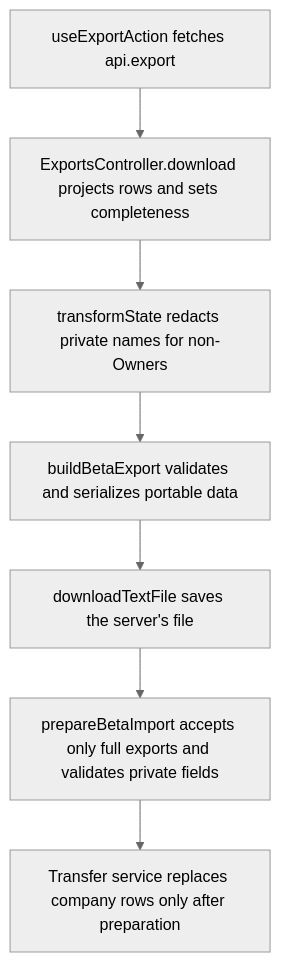
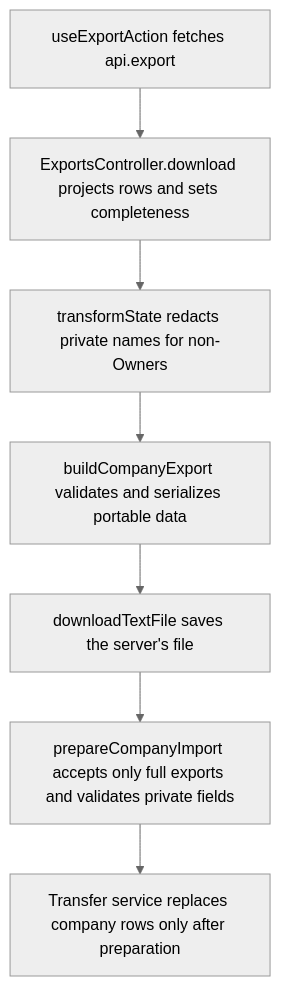
The second of 2 diagrams in user-stories/data/US-DAT-07-private-name-portability.md (Kevinjohn/capacitylens), drawn with Mermaid (neutral theme) before and after one commit. The commit also changed other lines of this file and 33 other files, not shown here.

````diff
--- a/user-stories/data/US-DAT-07-private-name-portability.md
+++ b/user-stories/data/US-DAT-07-private-name-portability.md
@@ -29,9 +29,9 @@
 ```mermaid
 flowchart TD
   fetch["useExportAction fetches api.export"] --> role["ExportsController.download projects rows and sets completeness"]
   role --> project["transformState redacts private names for non-Owners"]
-  project --> beta["buildBetaExport validates and serializes portable data"]
+  project --> beta["buildCompanyExport validates and serializes portable data"]
   beta --> file["downloadTextFile saves the server's file"]
-  file --> import["prepareBetaImport accepts only full exports and validates private fields"]
+  file --> import["prepareCompanyImport accepts only full exports and validates private fields"]
   import --> replace["Transfer service replaces company rows only after preparation"]
 ```
````
